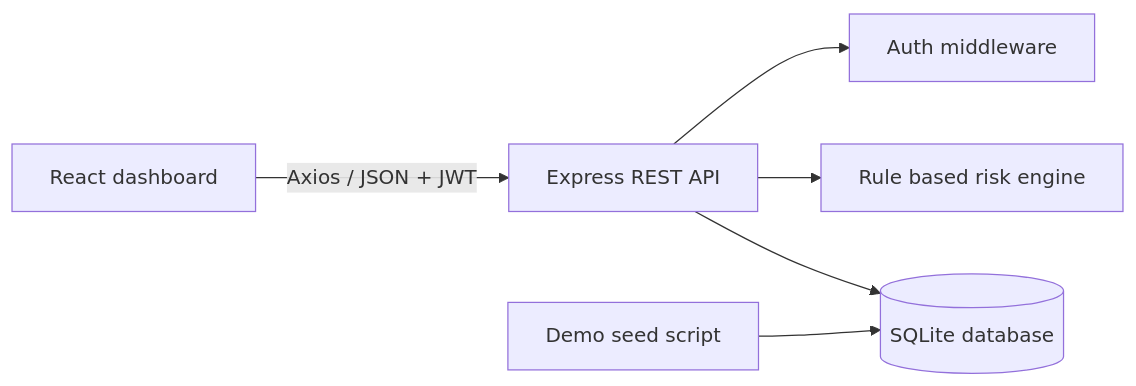
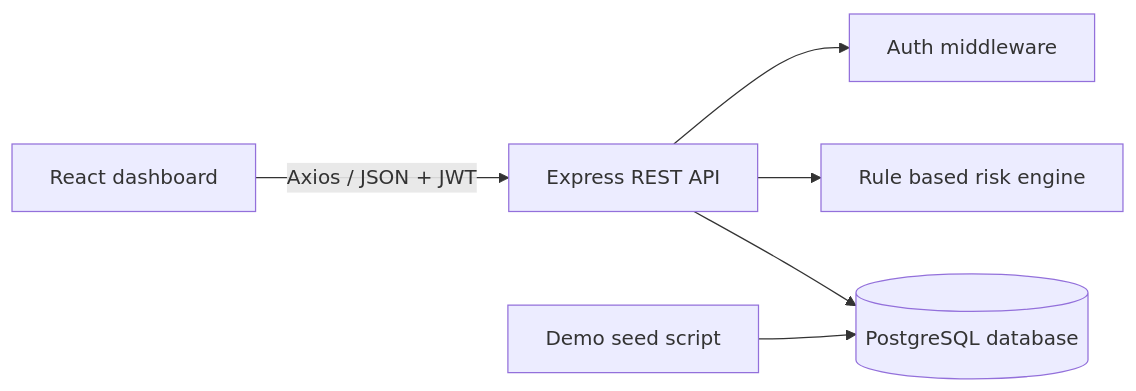
The first of 2 diagrams in README.md (aakash04-creator/VoltTrack_Lite-), drawn with Mermaid before and after one commit. The commit also changed other lines of this file and 11 other files, not shown here.

````diff
--- a/README.md
+++ b/README.md
@@ -27,8 +27,8 @@
 ```mermaid
 flowchart LR
   Browser[React dashboard] -->|Axios / JSON + JWT| API[Express REST API]
   API --> Auth[Auth middleware]
   API --> Engine[Rule based risk engine]
-  API --> DB[(SQLite database)]
+  API --> DB[(PostgreSQL database)]
   Seed[Demo seed script] --> DB
 ```
````
